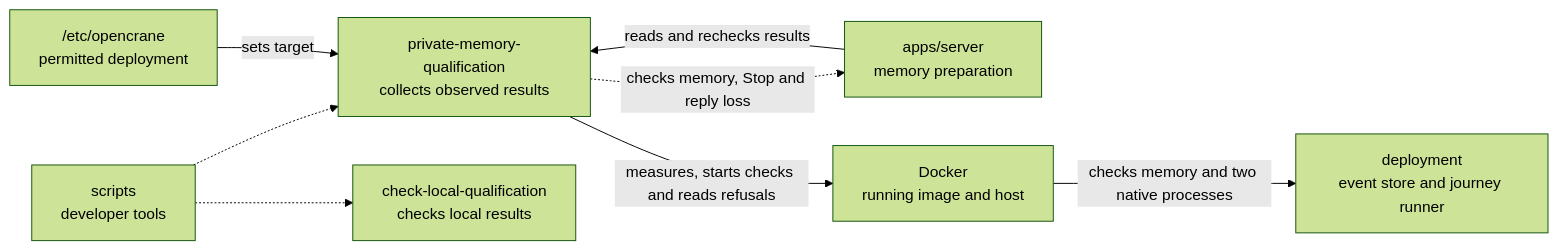
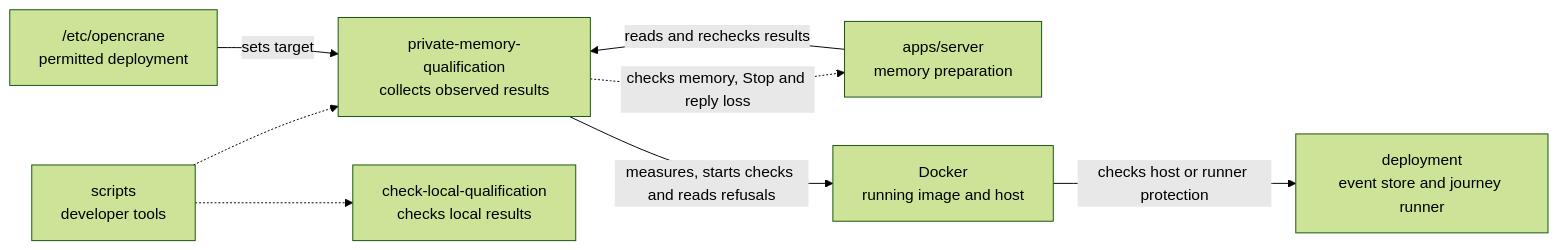
The diagram in scripts/private-memory-qualification/README.md (elewa-git/opencrane-new), drawn with Mermaid (forest theme) before and after one commit. The commit also changed other lines of this file and 15 other files, not shown here.

Commit message:
🔒 Measure container protection before memory prerequisite results

````diff
--- a/scripts/private-memory-qualification/README.md
+++ b/scripts/private-memory-qualification/README.md
@@ -18,10 +18,10 @@
 ```mermaid
 flowchart LR
   scripts["scripts<br/>developer tools"] -.-> collector["private-memory-qualification<br/>collects observed results"]
   scripts -.-> sibling["check-local-qualification<br/>checks local results"]
   server["apps/server<br/>memory preparation"] -->|reads and rechecks results| collector
   collector -.->|checks memory, Stop and reply loss| server
   config["/etc/opencrane<br/>permitted deployment"] -->|sets target| collector
   collector -->|measures, starts checks and reads refusals| docker["Docker<br/>running image and host"]
-  docker -->|checks memory and two native processes| deployment["deployment<br/>event store and journey runner"]
+  docker -->|checks host or runner protection| deployment["deployment<br/>event store and journey runner"]
 ```
````
